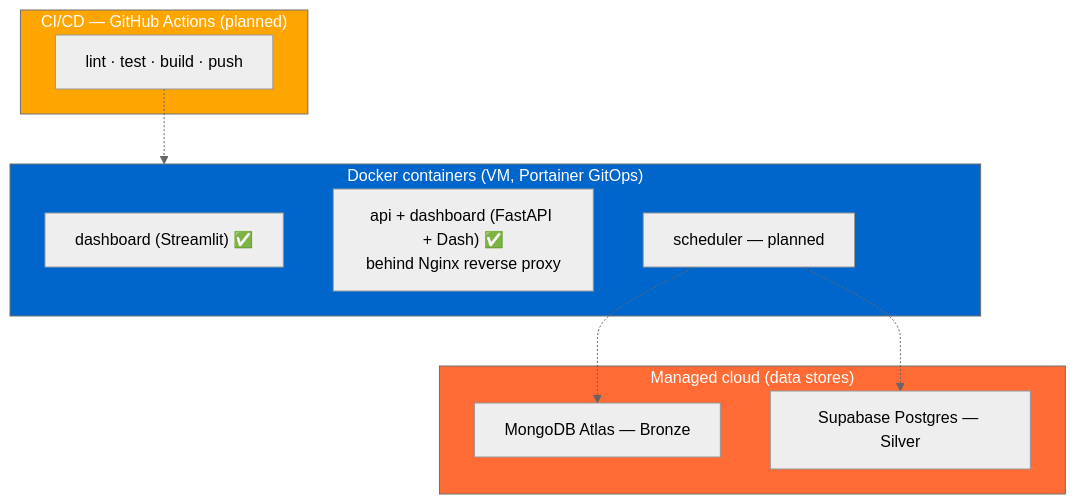
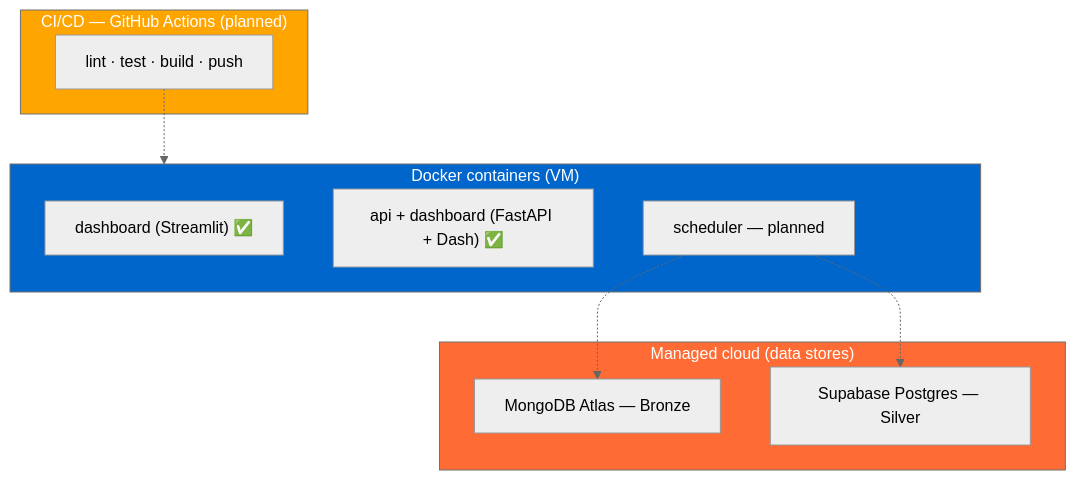
One commit to MatthiasSails/airline-data-platform changed the fourth of 6 diagrams in docs/architecture/README.md. Above: the diagram before and after it, drawn with Mermaid (neutral theme). The commit also changed other lines of this file, not shown here.

First line of the commit message:
docs(architecture): split Deployment from Infrastructure (#16)

````diff
--- a/docs/architecture/README.md
+++ b/docs/architecture/README.md
@@ -128,23 +127,23 @@
 ```mermaid
 graph TB
     subgraph MANAGED["Managed cloud (data stores)"]
         M1["MongoDB Atlas — Bronze"]
         M2["Supabase Postgres — Silver"]
     end
-    subgraph COMPOSE["Docker containers (VM, Portainer GitOps)"]
+    subgraph COMPOSE["Docker containers (VM)"]
         C1["dashboard (Streamlit) ✅"]
-        C2["api + dashboard (FastAPI + Dash) ✅<br/>behind Nginx reverse proxy"]
+        C2["api + dashboard (FastAPI + Dash) ✅"]
         C3["scheduler — planned"]
     end
     subgraph CICD["CI/CD — GitHub Actions (planned)"]
         CI["lint · test · build · push"]
     end
 
     C3 -.-> M1
     C3 -.-> M2
     CI -.-> COMPOSE
 
     style MANAGED fill:#FF6B35,color:#fff
     style COMPOSE fill:#0066CC,color:#fff
     style CICD fill:#FFA500,color:#fff
 ```
````
